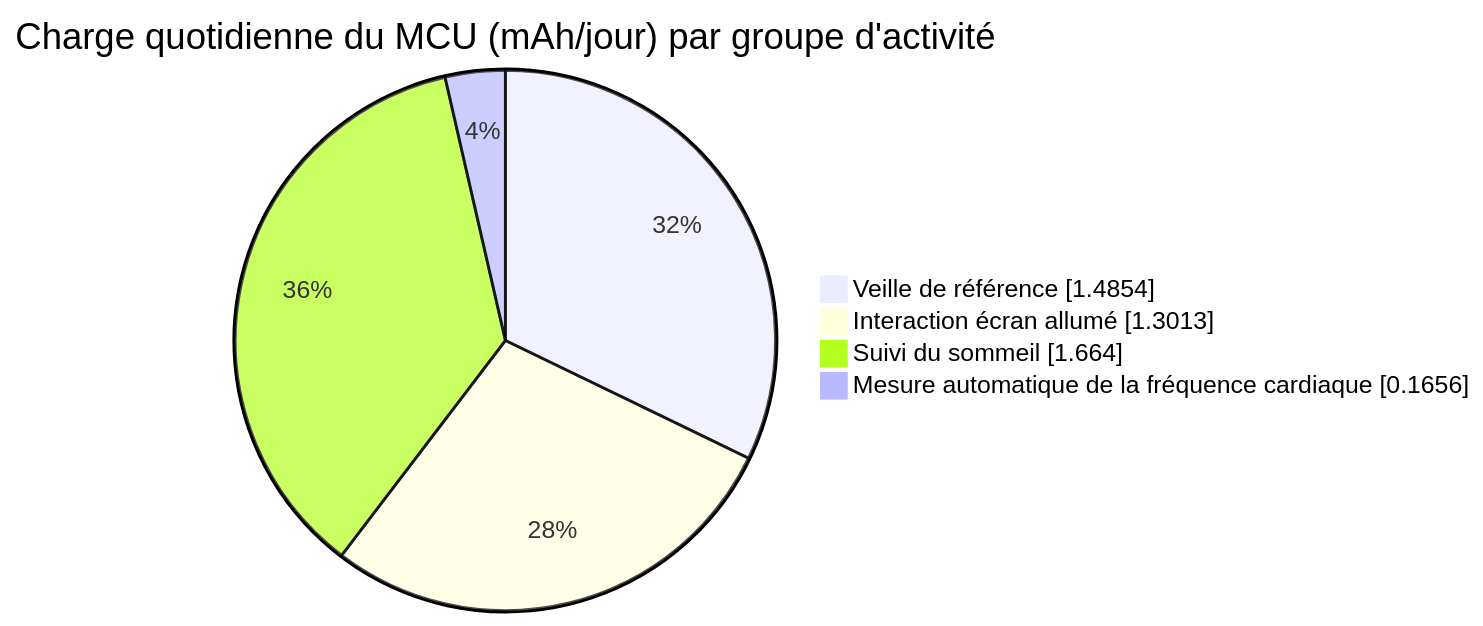
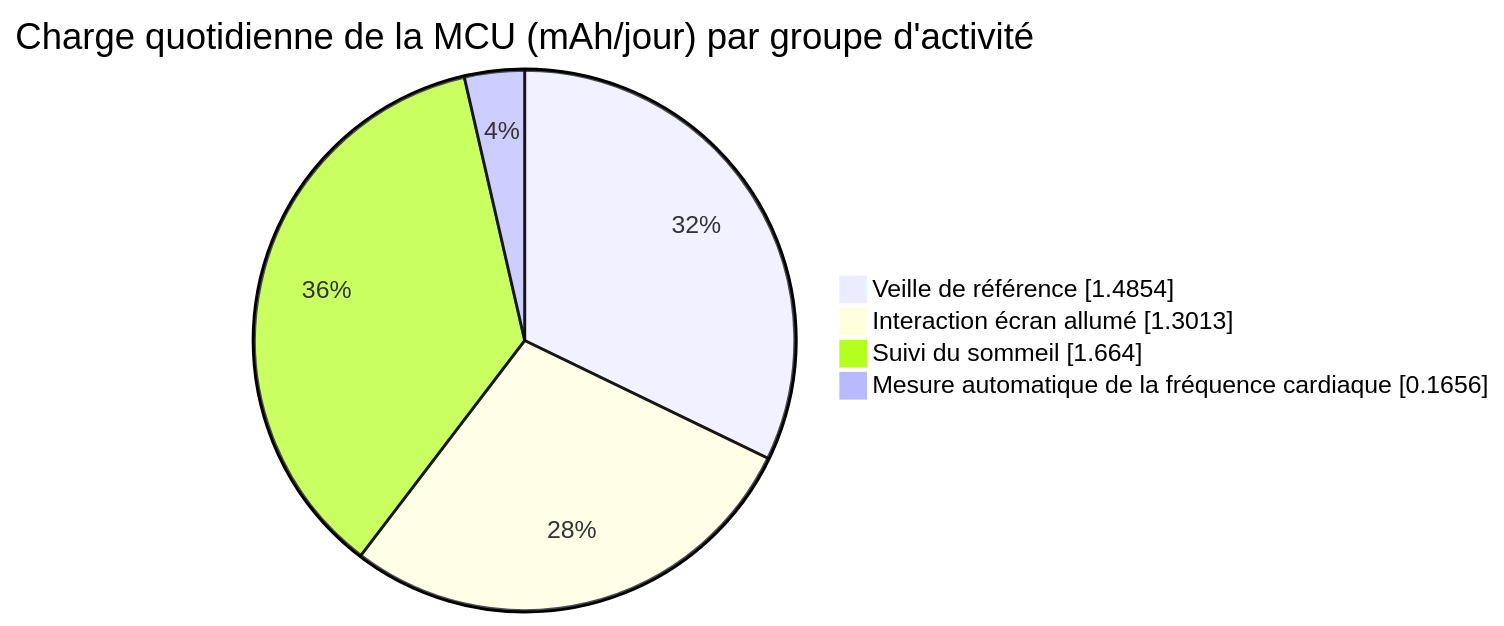
The fourth of 4 diagrams in docs_fr/learn/low-power/smartwatch-power-profiling.md (uForge-io/uforge-site), drawn with Mermaid before and after one commit. The commit also changed other lines of this file and 500 other files, not shown here.

````diff
--- a/docs_fr/learn/low-power/smartwatch-power-profiling.md
+++ b/docs_fr/learn/low-power/smartwatch-power-profiling.md
@@ -274,8 +274,8 @@
 ```mermaid
 pie showData
-    title Charge quotidienne du MCU (mAh/jour) par groupe d'activité
+    title Charge quotidienne de la MCU (mAh/jour) par groupe d'activité
     "Veille de référence" : 1.4854
     "Interaction écran allumé" : 1.3013
     "Suivi du sommeil" : 1.6640
     "Mesure automatique de la fréquence cardiaque" : 0.1656
 ```
````
